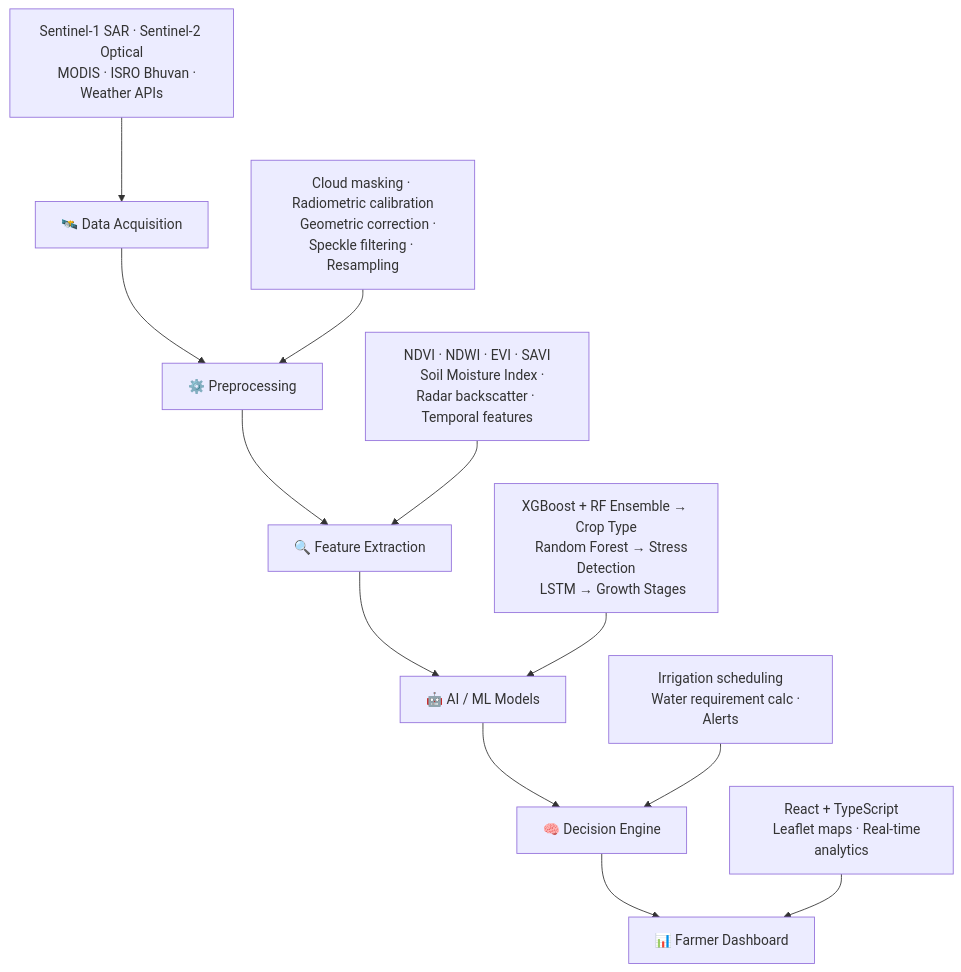
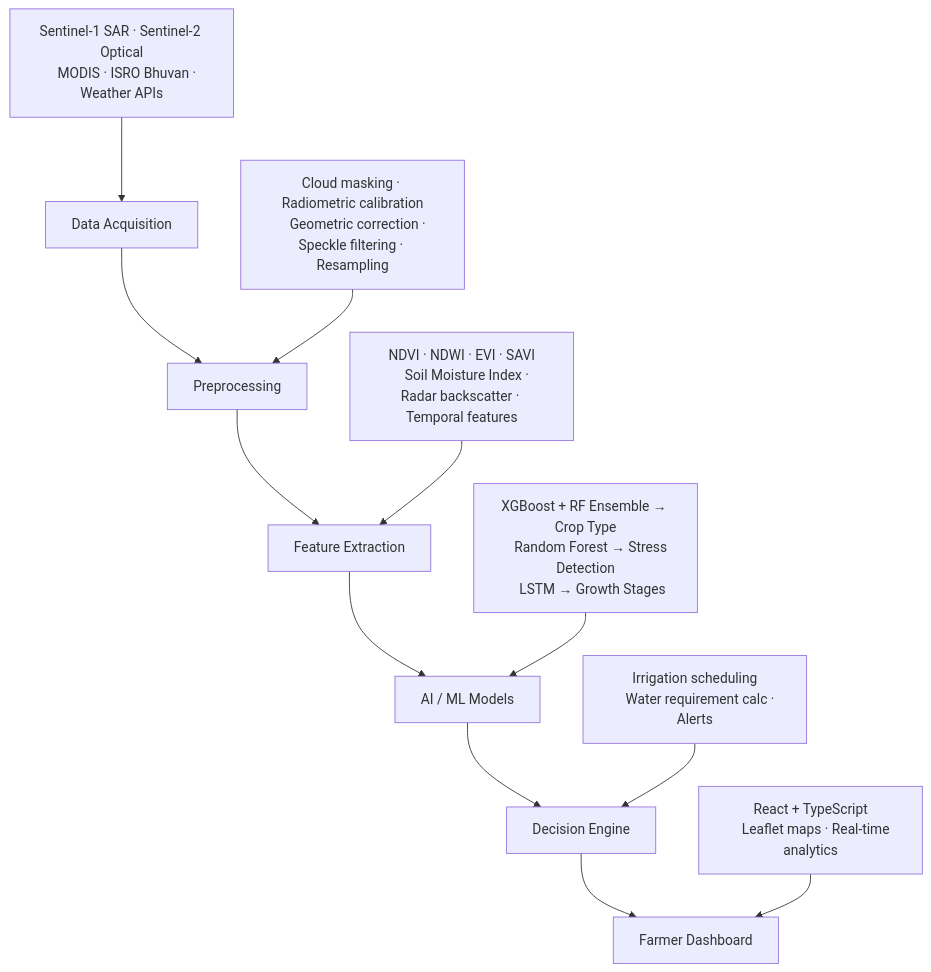
Before and after one commit to Aditi-963/Team-Orbital-Queens: the diagram in README.md, drawn with Mermaid. The commit also changed other lines of this file, not shown here.

````diff
--- a/README.md
+++ b/README.md
@@ -66,22 +66,22 @@
 ```mermaid
 flowchart TD
-    A[🛰️ Data Acquisition] --> B[⚙️ Preprocessing]
-    B --> C[🔍 Feature Extraction]
-    C --> D[🤖 AI / ML Models]
-    D --> E[🧠 Decision Engine]
-    E --> F[📊 Farmer Dashboard]
+    A[ Data Acquisition] --> B[ Preprocessing]
+    B --> C[ Feature Extraction]
+    C --> D[ AI / ML Models]
+    D --> E[ Decision Engine]
+    E --> F[ Farmer Dashboard]
 
     A1["Sentinel-1 SAR · Sentinel-2 Optical
     MODIS · ISRO Bhuvan · Weather APIs"] --> A
     B1["Cloud masking · Radiometric calibration
     Geometric correction · Speckle filtering · Resampling"] --> B
     C1["NDVI · NDWI · EVI · SAVI
     Soil Moisture Index · Radar backscatter · Temporal features"] --> C
     D1["XGBoost + RF Ensemble → Crop Type
     Random Forest → Stress Detection
     LSTM → Growth Stages"] --> D
     E1["Irrigation scheduling
     Water requirement calc · Alerts"] --> E
     F1["React + TypeScript
     Leaflet maps · Real-time analytics"] --> F
 ```
````
